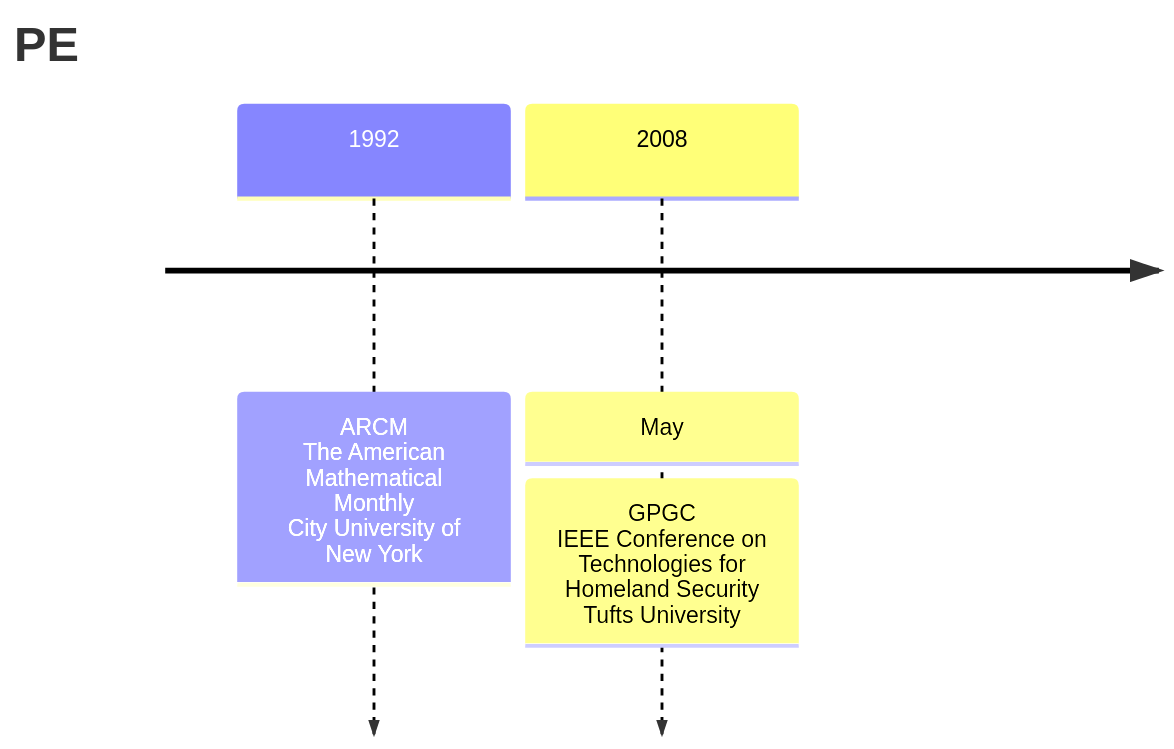
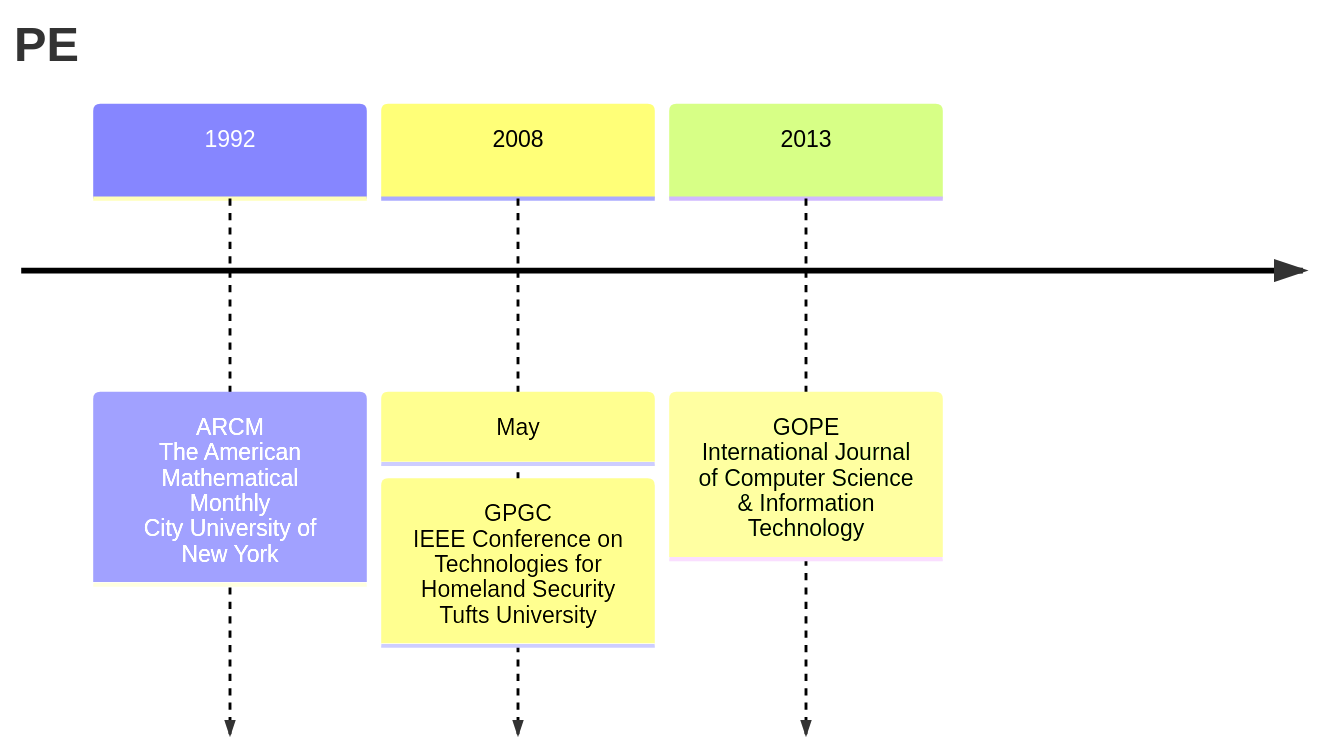
One commit to Elephant-King9/Paper changed the first of 5 diagrams in CV/PE/analyse.md. Above: the diagram before and after it, drawn with Mermaid. The commit also changed other lines of this file and 2 other files, not shown here.

````diff
--- a/CV/PE/analyse.md
+++ b/CV/PE/analyse.md
@@ -5,9 +5,10 @@
 ```mermaid
 timeline
     title PE
     1992 : ARCM<br>The American Mathematical Monthly<br>City University of New York
     2008 : May
     		 : GPGC<br>IEEE Conference on Technologies for Homeland Security<br>Tufts University
+    2013 : GOPE<br>International Journal of Computer Science & Information Technology<br>
     		 
     
 ```
````
